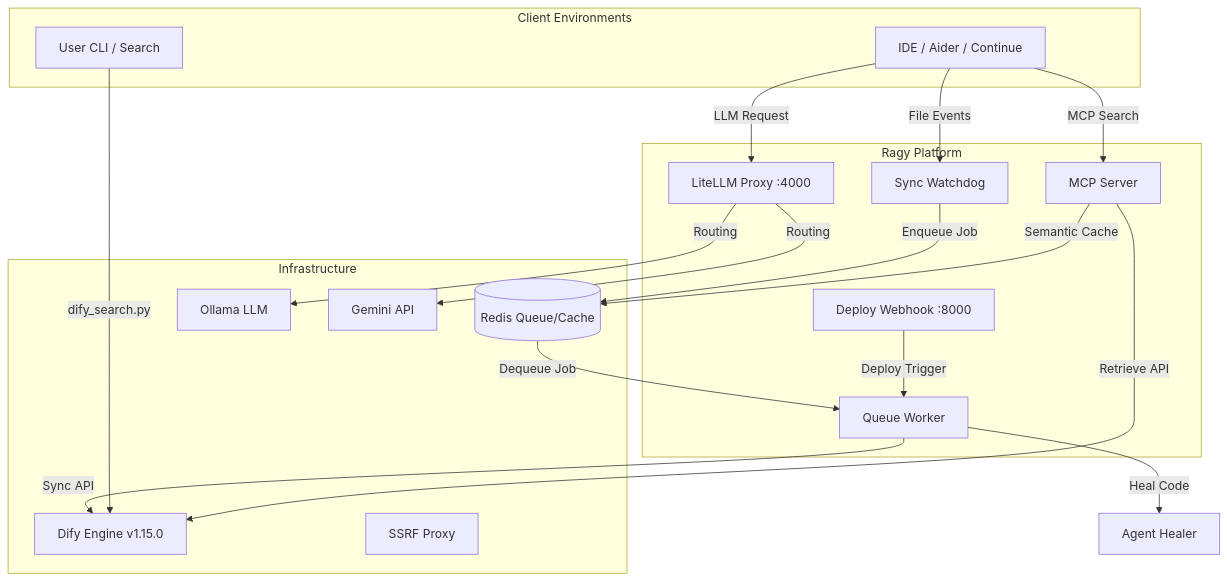
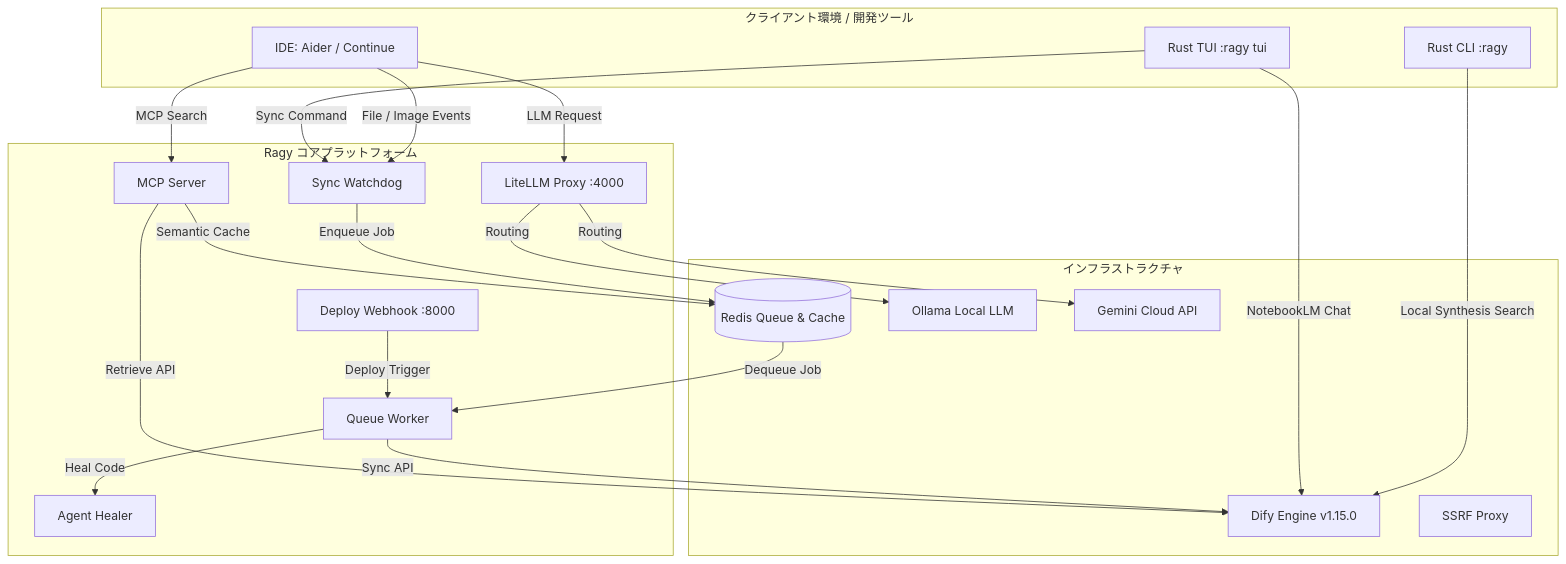
The diagram in README.md (Morishita-mm/My-RAG-Agent-System), drawn with Mermaid before and after one commit. The commit also changed other lines of this file and 1 other file, not shown here.

Commit message:
docs: Rust移植・TUI・画像Visionパース・コンテキスト最適化・定量的自動評価の解説をREADMEとEngineering Hacksへ追記

````diff
--- a/README.md
+++ b/README.md
@@ -13,41 +18,49 @@
 ```mermaid
 graph TD
-    subgraph Client Environments
-        IDE[IDE / Aider / Continue]
-        CLI[User CLI / Search]
+    subgraph ClientEnvironments [クライアント環境 / 開発ツール]
+        IDE[IDE: Aider / Continue]
+        CLI[Rust CLI :ragy]
+        TUI[Rust TUI :ragy tui]
     end
 
-    subgraph Ragy Platform
+    subgraph RagyCoreSystem [Ragy コアプラットフォーム]
         LiteLLM[LiteLLM Proxy :4000]
         Watchdog[Sync Watchdog]
         Worker[Queue Worker]
         MCP[MCP Server]
         Webhook[Deploy Webhook :8000]
+        Healer[Agent Healer]
     end
 
-    subgraph Infrastructure
-        Redis[(Redis Queue/Cache)]
+    subgraph CoreInfrastructure [インフラストラクチャ]
+        Redis[(Redis Queue & Cache)]
         Dify[Dify Engine v1.15.0]
-        Ollama[Ollama LLM]
-        Gemini[Gemini API]
+        Ollama[Ollama Local LLM]
+        Gemini[Gemini Cloud API]
         SSRF[SSRF Proxy]
     end
 
+    %% API Requests & Routing
     IDE -->|LLM Request| LiteLLM
     LiteLLM -->|Routing| Gemini
     LiteLLM -->|Routing| Ollama
 
-    IDE -->|File Events| Watchdog
+    %% File Synchronization Pipeline
+    IDE -->|File / Image Events| Watchdog
+    TUI -->|Sync Command| Watchdog
     Watchdog -->|Enqueue Job| Redis
     
     Redis -->|Dequeue Job| Worker
     Worker -->|Sync API| Dify
-    Worker -->|Heal Code| Healer[Agent Healer]
+    Worker -->|Heal Code| Healer
 
-    CLI -->|dify_search.py| Dify
+    %% Retrieving & Caching
+    CLI -->|Local Synthesis Search| Dify
+    TUI -->|NotebookLM Chat| Dify
     IDE -->|MCP Search| MCP
     MCP -->|Retrieve API| Dify
     MCP -->|Semantic Cache| Redis
     
+    %% Deployment & Logs
     Webhook -->|Deploy Trigger| Worker
 ```
````
